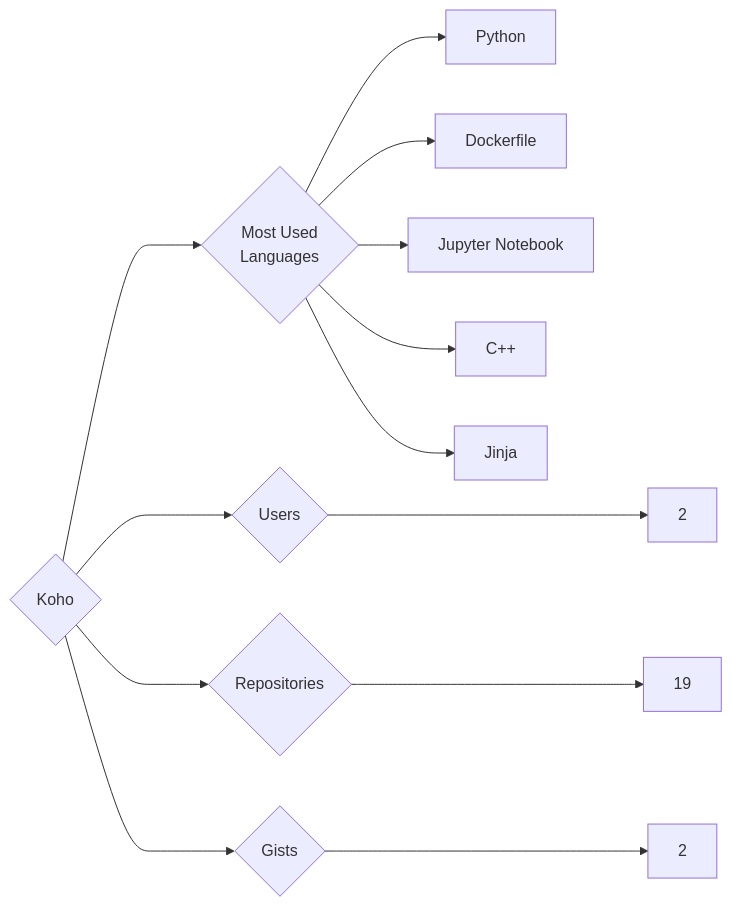
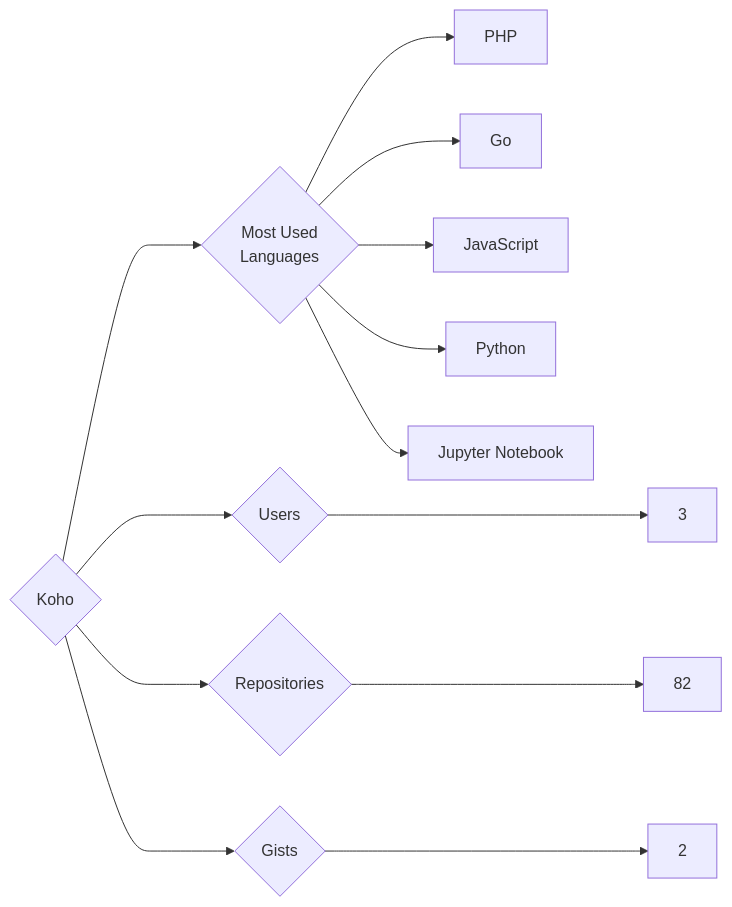
The diagram in targets/Koho/README.md (trickest/insiders), drawn with Mermaid before and after one commit. The commit also changed 714 other files, not shown here.

````diff
--- a/targets/Koho/README.md
+++ b/targets/Koho/README.md
@@ -3,13 +3,13 @@
 ```mermaid
 graph LR
 COMPANY_NAME{Koho}
-COMPANY_NAME ---> U{Users} ---> UN[2]
-COMPANY_NAME ---> R{Repositories} ---> RN[19]
+COMPANY_NAME ---> U{Users} ---> UN[3]
+COMPANY_NAME ---> R{Repositories} ---> RN[82]
 COMPANY_NAME ---> G{Gists} ---> GN[2]
 COMPANY_NAME ---> ML{Most Used<br>Languages}
+ML --> PHP[PHP]
+ML --> Go[Go]
+ML --> JavaScript[JavaScript]
 ML --> Python[Python]
-ML --> Dockerfile[Dockerfile]
 ML --> Jupyter_Notebook[Jupyter Notebook]
-ML --> C++[C++]
-ML --> Jinja[Jinja]
 ```
````
